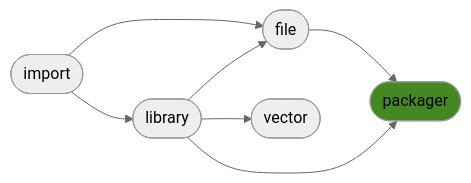
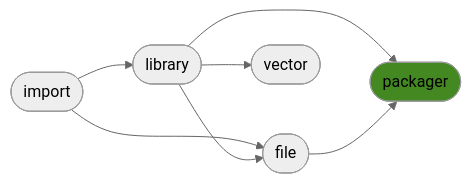
The diagram in README.md (ManderaGeneral/generalpackager), drawn with Mermaid (neutral theme) before and after one commit. The commit also changed other lines of this file, not shown here.

````diff
--- a/README.md
+++ b/README.md
@@ -24,15 +24,15 @@
 ```mermaid
 flowchart LR
-2([file]) --> 4([packager])
-1([library]) --> 2([file])
 0([import]) --> 2([file])
 1([library]) --> 3([vector])
 1([library]) --> 4([packager])
 0([import]) --> 1([library])
+1([library]) --> 2([file])
+2([file]) --> 4([packager])
 click 0 "https://github.com/ManderaGeneral/generalimport"
 click 1 "https://github.com/ManderaGeneral/generallibrary"
 click 2 "https://github.com/ManderaGeneral/generalfile"
 click 3 "https://github.com/ManderaGeneral/generalvector"
 click 4 "https://github.com/ManderaGeneral/generalpackager"
 style 4 fill:#482
 ```
````
